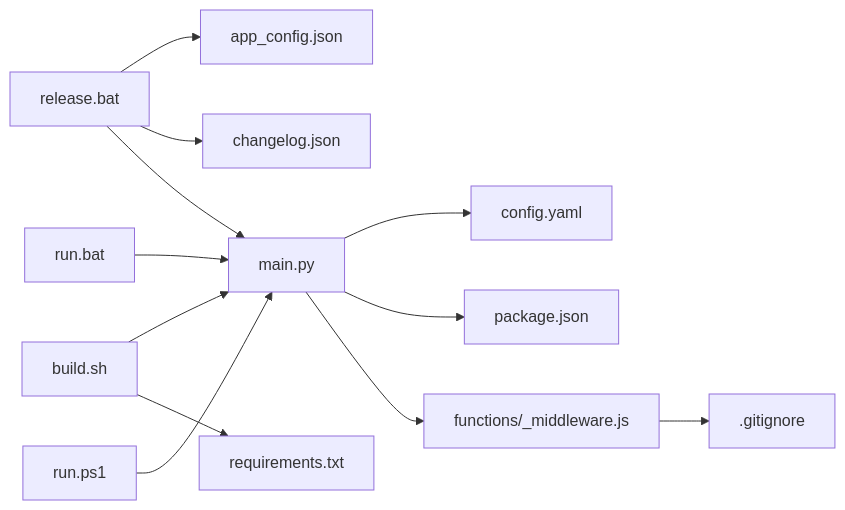
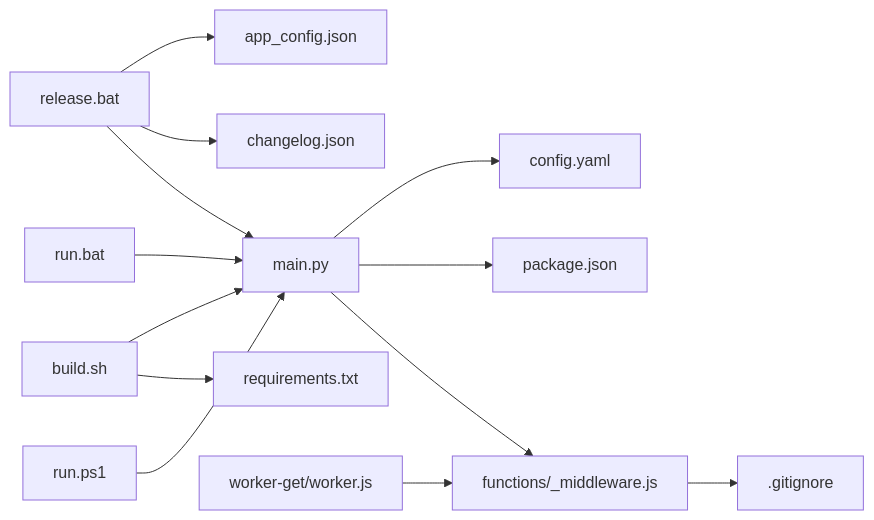
The fifth of 5 diagrams in .qoder/repowiki/zh/content/部署发布/自动化部署脚本.md (zhao-zg/cx), drawn with Mermaid before and after one commit. The commit also changed other lines of this file and 34 other files, not shown here.

````diff
--- a/.qoder/repowiki/zh/content/部署发布/自动化部署脚本.md
+++ b/.qoder/repowiki/zh/content/部署发布/自动化部署脚本.md
@@ -372,14 +416,15 @@
 ```mermaid
 graph LR
 RS["release.bat"] --> AC["app_config.json"]
 RS --> CL["changelog.json"]
 RS --> PY["main.py"]
 BS["build.sh"] --> PY
 BS --> RT["requirements.txt"]
 RB["run.bat"] --> PY
 RP["run.ps1"] --> PY
 PY --> CFG["config.yaml"]
 PY --> PJ["package.json"]
 PY --> MW["functions/_middleware.js"]
 MW --> GI[".gitignore"]
+W["worker-get/worker.js"] --> MW
 ```
````
